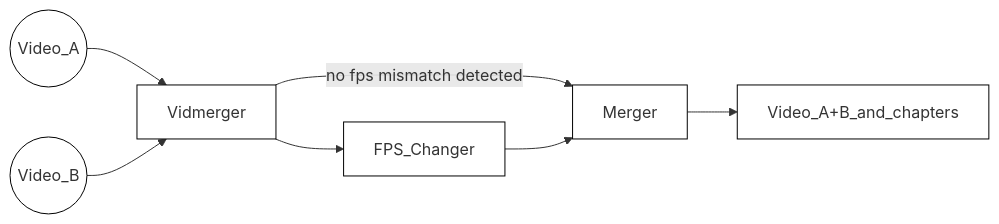
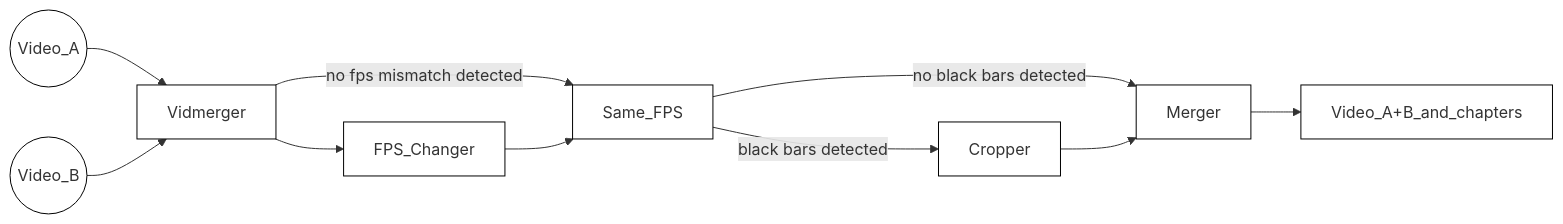
Before and after one commit to tgotwig/vidmerger: the diagram in README.md, drawn with Mermaid. The commit also changed other lines of this file and 6 other files, not shown here.

Commit message:
feat(cropper): remove black bars before merge (#50)

````diff
--- a/README.md
+++ b/README.md
@@ -69,9 +70,12 @@
 ```mermaid
 %%{init: {'themeVariables': { 'mainBkg': 'white', 'nodeBorder': 'black' }}}%%
 graph LR;
 VideoA((Video_A))-->Vidmerger;
 VideoB((Video_B))-->Vidmerger;
-Vidmerger-->|no fps mismatch detected| Merger;
-Vidmerger-->FPS_Changer-->Merger;
+Vidmerger-->|no fps mismatch detected| Same_FPS;
+Vidmerger-->FPS_Changer-->Same_FPS;
+Same_FPS-->|black bars detected| Cropper;
+Same_FPS-->|no black bars detected| Merger;
+Cropper-->Merger;
 Merger-->Video_A+B_and_chapters;
 ```
````
